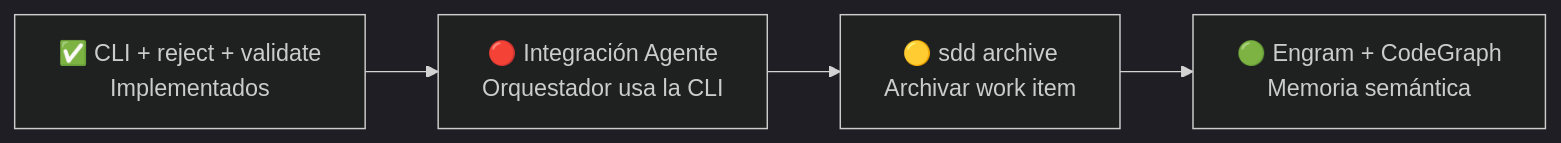
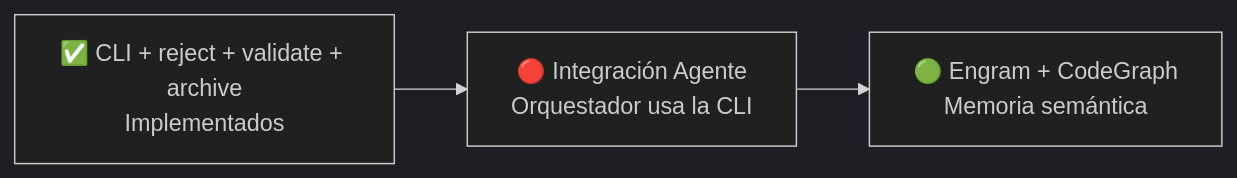
Before and after one commit to matiasezequieldimuro/ssd-workflow: the third of 3 diagrams in docs/7-cli-impl-documentacion.md, drawn with Mermaid (dark theme). The commit also changed other lines of this file and 25 other files, not shown here.

````diff
--- a/docs/7-cli-impl-documentacion.md
+++ b/docs/7-cli-impl-documentacion.md
@@ -515,11 +545,9 @@
 ```mermaid
 graph LR
-    CLI["✅ CLI + reject + validate\nImplementados"]
+    CLI["✅ CLI + reject + validate + archive\nImplementados"]
     AGENT["🔴 Integración Agente\nOrquestador usa la CLI"]
-    ARCHIVE["🟡 sdd archive\nArchivar work item"]
     ENGRAM["🟢 Engram + CodeGraph\nMemoria semántica"]
 
     CLI --> AGENT
-    AGENT --> ARCHIVE
-    ARCHIVE --> ENGRAM
+    AGENT --> ENGRAM
 ```
````
